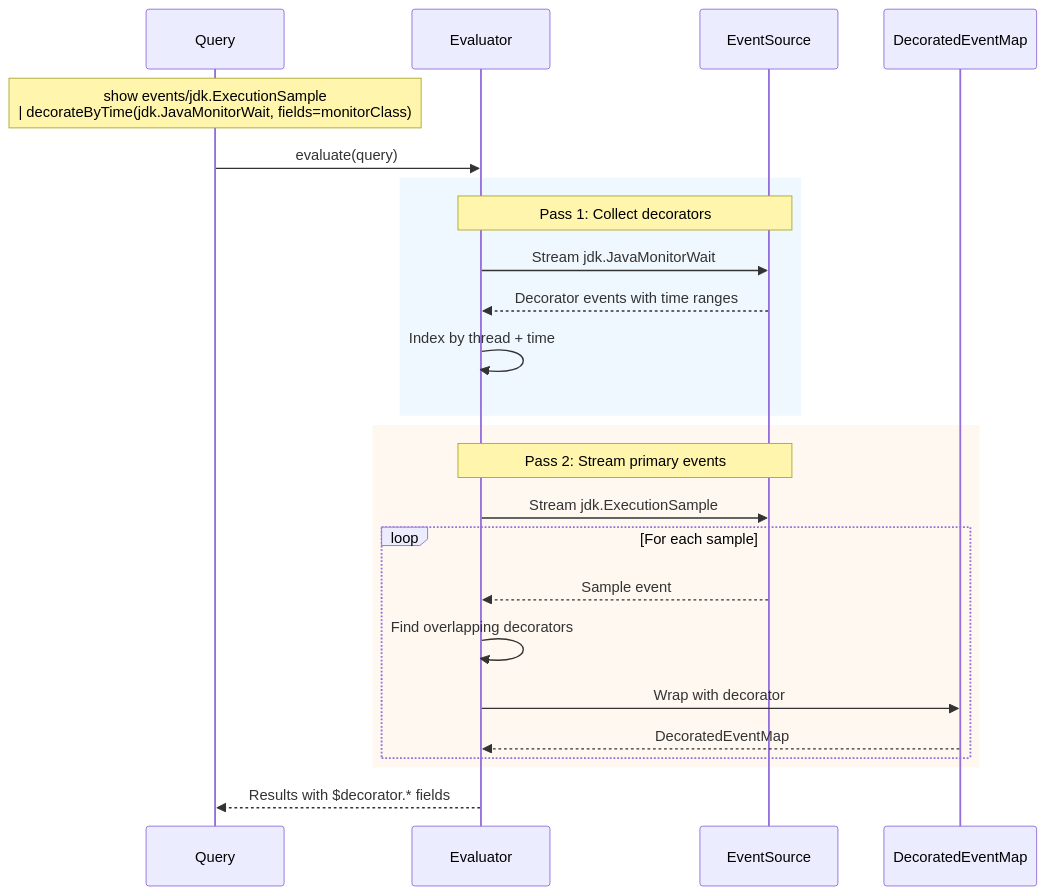
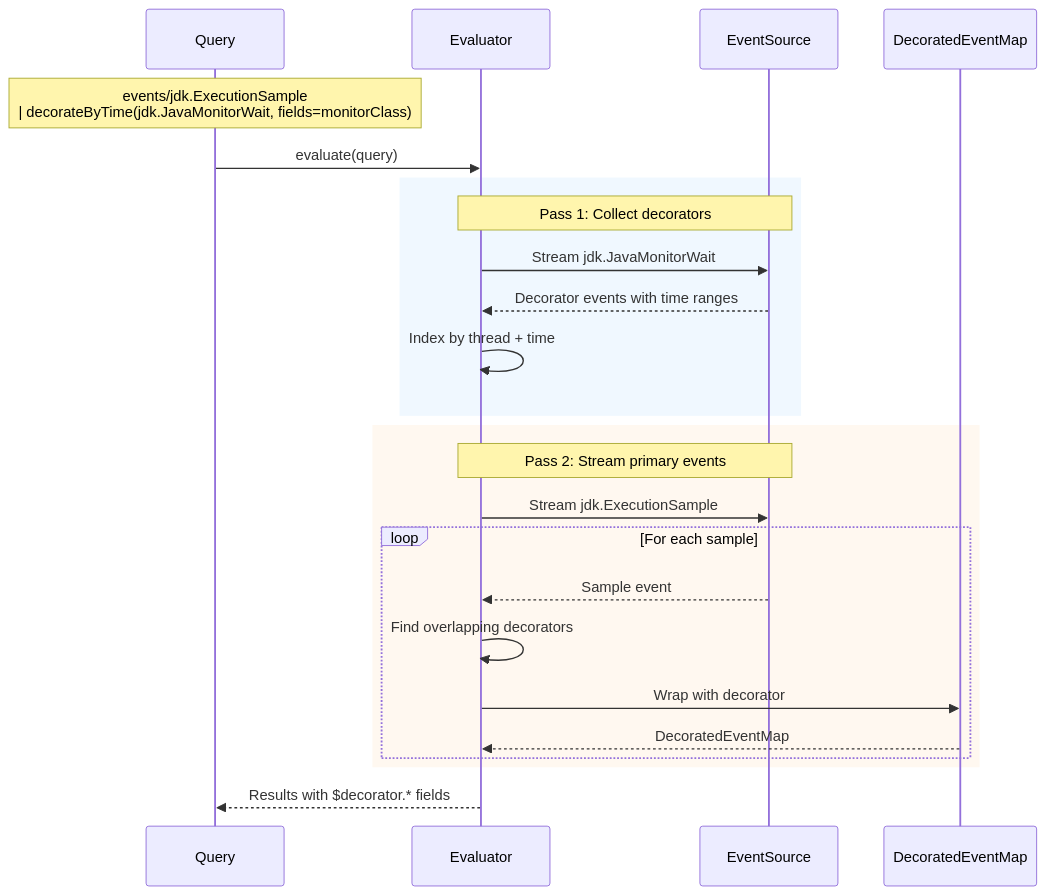
The ninth of 10 diagrams in doc/cli/Architecture.md (btraceio/jafar), drawn with Mermaid before and after one commit. The commit also changed other lines of this file and 92 other files, not shown here.

````diff
--- a/doc/cli/Architecture.md
+++ b/doc/cli/Architecture.md
@@ -454,31 +457,31 @@
 ```mermaid
 sequenceDiagram
     participant Q as Query
     participant E as Evaluator
     participant ES as EventSource
     participant DM as DecoratedEventMap
 
-    Note over Q: show events/jdk.ExecutionSample<br/>| decorateByTime(jdk.JavaMonitorWait, fields=monitorClass)
+    Note over Q: events/jdk.ExecutionSample<br/>| decorateByTime(jdk.JavaMonitorWait, fields=monitorClass)
 
     Q->>E: evaluate(query)
 
     rect rgb(240, 248, 255)
         Note over E,ES: Pass 1: Collect decorators
         E->>ES: Stream jdk.JavaMonitorWait
         ES-->>E: Decorator events with time ranges
         E->>E: Index by thread + time
     end
 
     rect rgb(255, 248, 240)
         Note over E,ES: Pass 2: Stream primary events
         E->>ES: Stream jdk.ExecutionSample
         loop For each sample
             ES-->>E: Sample event
             E->>E: Find overlapping decorators
             E->>DM: Wrap with decorator
             DM-->>E: DecoratedEventMap
         end
     end
 
     E-->>Q: Results with $decorator.* fields
 ```
````
